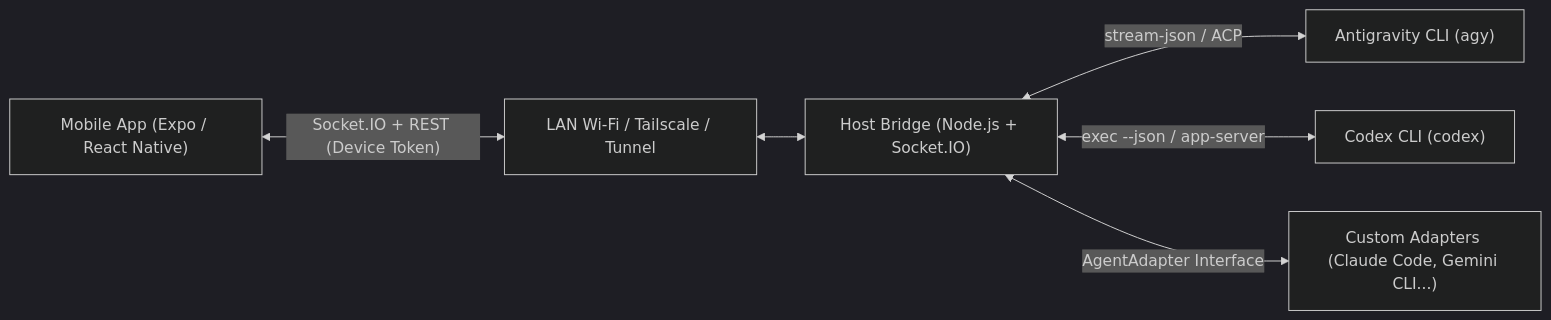
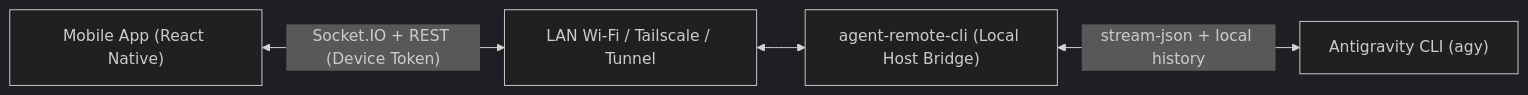
One commit to letmevibe/agent-remote changed the diagram in README.md. Above: the diagram before and after it, drawn with Mermaid (dark theme). The commit also changed other lines of this file, not shown here.

Commit message:
docs: streamline README for npx agent-remote-cli and Android APK workflow

````diff
--- a/README.md
+++ b/README.md
@@ -33,15 +58,11 @@
 ```mermaid
 flowchart LR
-    Phone["Mobile App (Expo / React Native)"]
+    Phone["Mobile App (React Native)"]
     Net["LAN Wi-Fi / Tailscale / Tunnel"]
-    Bridge["Host Bridge (Node.js + Socket.IO)"]
+    Bridge["agent-remote-cli (Local Host Bridge)"]
     Agy["Antigravity CLI (agy)"]
-    Codex["Codex CLI (codex)"]
-    More["Custom Adapters (Claude Code, Gemini CLI...)"]
 
     Phone <-->|"Socket.IO + REST (Device Token)"| Net
     Net <--> Bridge
-    Bridge <-->|"stream-json / ACP"| Agy
-    Bridge <-->|"exec --json / app-server"| Codex
-    Bridge <-->|"AgentAdapter Interface"| More
+    Bridge <-->|"stream-json + local history"| Agy
 ```
````
